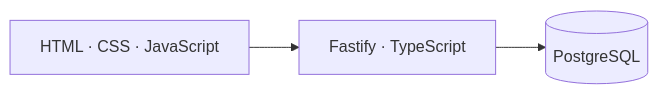
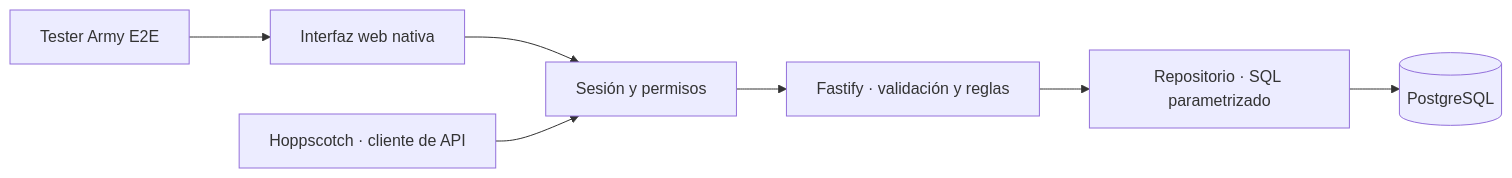
Before and after one commit to WENDOSKI07/support-metrics-api: the second of 3 diagrams in README.md, drawn with Mermaid. The commit also changed other lines of this file and 2 other files, not shown here.

Commit message:
docs: add API collection for Hoppscotch and workflow diagrams

````diff
--- a/README.md
+++ b/README.md
@@ -108,5 +108,9 @@
 ```mermaid
 flowchart LR
-    UI[HTML · CSS · JavaScript] --> API[Fastify · TypeScript]
-    API --> DB[(PostgreSQL)]
+    UI[Interfaz web nativa] --> AUTH[Sesión y permisos]
+    CLIENT[Hoppscotch · cliente de API] --> AUTH
+    AUTH --> API[Fastify · validación y reglas]
+    API --> REPO[Repositorio · SQL parametrizado]
+    REPO --> DB[(PostgreSQL)]
+    E2E[Tester Army E2E] --> UI
 ```
````
